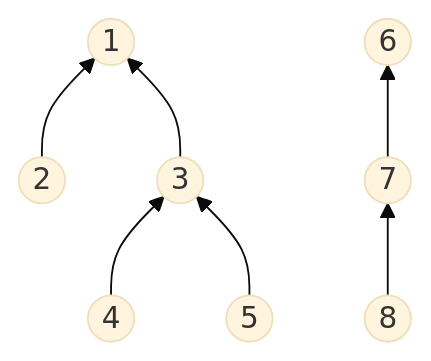
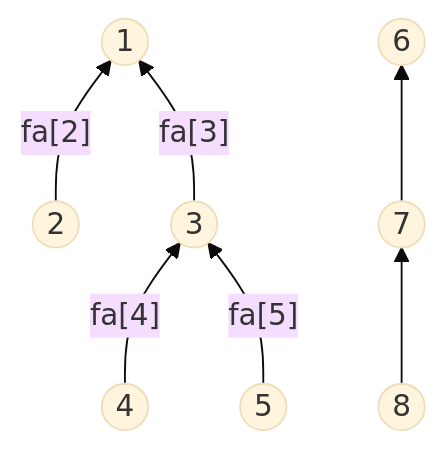
The diagram in docs/2025/03/28/Union-Find.mdx (Nahida-aa/Nahida-aa.github.io), drawn with Mermaid (base theme) before and after one commit. The commit also changed other lines of this file and 8 other files, not shown here.

````diff
--- a/docs/2025/03/28/Union-Find.mdx
+++ b/docs/2025/03/28/Union-Find.mdx
@@ -9,9 +9,9 @@
 ```mermaid
 graph BT
-    2((2)) -->  1((1))
-    3((3)) -->  1
-    4((4)) -->  3
-    5((5)) -->  3
+    2((2)) --"fa[2]"-->  1((1))
+    3((3)) --"fa[3]"-->  1
+    4((4)) --"fa[4]"-->  3
+    5((5)) --"fa[5]"-->  3
     8((8)) -->  7((7))
     7 -->  6((6))
 ```
````
